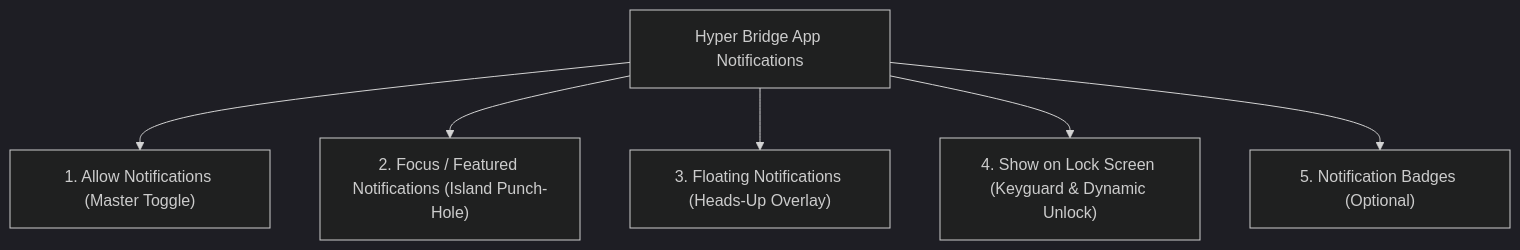
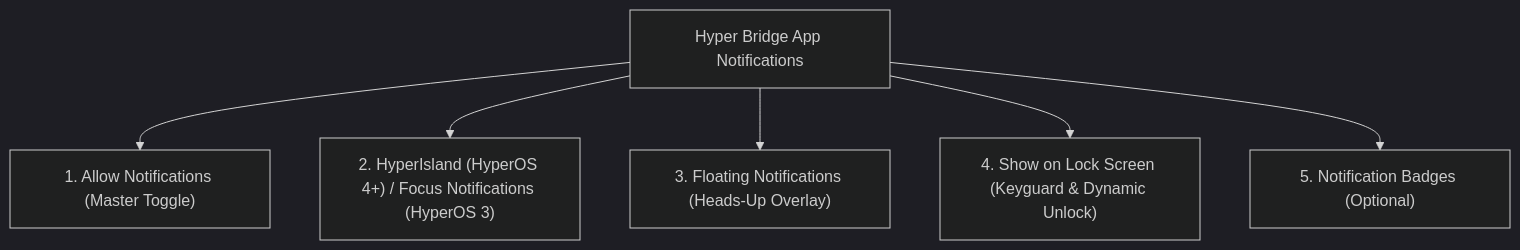
The diagram in content/docs/permissions/hyperos-focus-permissions.md (D4vidDf/HyperBridge-Site), drawn with Mermaid (dark theme) before and after one commit. The commit also changed other lines of this file and 8 other files, not shown here.

Commit message:
docs: clarify HyperIsland (HyperOS 4+) and Focus Notifications (HyperOS 3) terminology and lock screen support

````diff
--- a/content/docs/permissions/hyperos-focus-permissions.md
+++ b/content/docs/permissions/hyperos-focus-permissions.md
@@ -22,8 +29,8 @@
 ```mermaid
 flowchart TD
     App["Hyper Bridge App Notifications"] --> T1["1. Allow Notifications (Master Toggle)"]
-    App --> T2["2. Focus / Featured Notifications (Island Punch-Hole)"]
+    App --> T2["2. HyperIsland (HyperOS 4+) / Focus Notifications (HyperOS 3)"]
     App --> T3["3. Floating Notifications (Heads-Up Overlay)"]
     App --> T4["4. Show on Lock Screen (Keyguard & Dynamic Unlock)"]
     App --> T5["5. Notification Badges (Optional)"]
 ```
````
